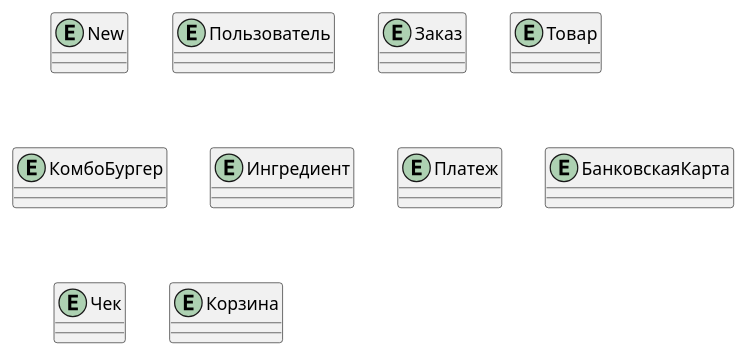
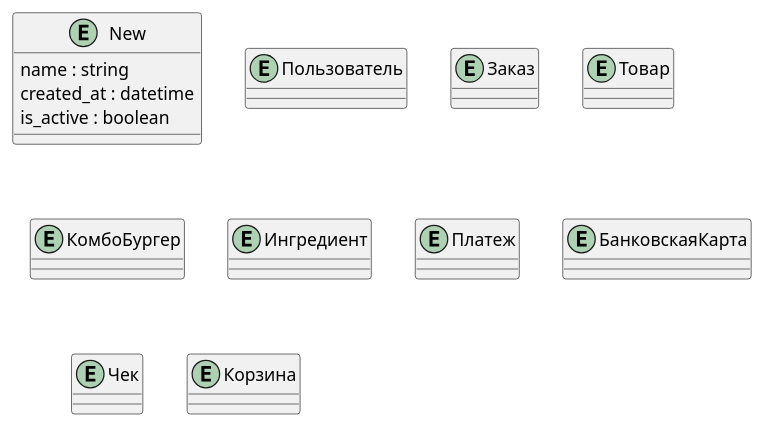
The diagram in data-models/models.puml (West1572/otus-practicum), drawn with PlantUML before and after one commit.

Commit message:
update New entitty

```diff
--- a/data-models/models.puml
+++ b/data-models/models.puml
@@ -1,36 +1,39 @@
 @startuml
 entity New {
+  name : string
+  created_at : datetime
+  is_active : boolean
 }
 
 entity Пользователь {
 }
 
 entity Заказ {
 }
 
 entity Товар {
 }
 
 entity КомбоБургер {
 }
 
 entity Ингредиент {
 
 }
 
 
 entity Платеж {
 
 }
 
 entity БанковскаяКарта {
 
 }
 
 
 entity Чек {
 }
 
 entity Корзина {
 }
 @enduml
```
